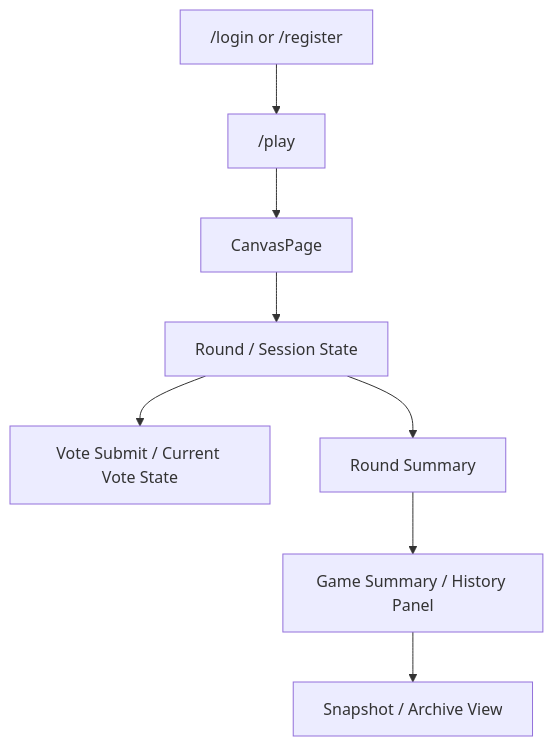
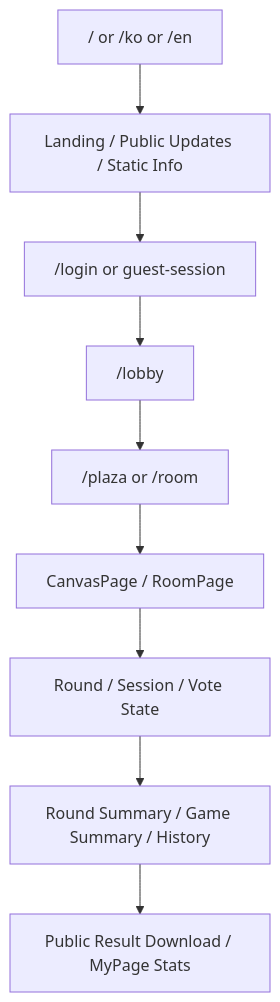
Before and after one commit to Mistle0108/Votedots-LLM-Wiki: the diagram in wiki/02-Architecture/Data-Flow.md, drawn with Mermaid. The commit also changed other lines of this file and 18 other files, not shown here.

````diff
--- a/wiki/02-Architecture/Data-Flow.md
+++ b/wiki/02-Architecture/Data-Flow.md
@@ -29,10 +30,11 @@
 ```mermaid
 flowchart TD
-    A["/login or /register"] --> B["/play"]
-    B --> C["CanvasPage"]
-    C --> D["Round / Session State"]
-    D --> E["Vote Submit / Current Vote State"]
-    D --> F["Round Summary"]
-    F --> G["Game Summary / History Panel"]
-    G --> H["Snapshot / Archive View"]
+    A["/ or /ko or /en"] --> B["Landing / Public Updates / Static Info"]
+    B --> C["/login or guest-session"]
+    C --> D["/lobby"]
+    D --> E["/plaza or /room"]
+    E --> F["CanvasPage / RoomPage"]
+    F --> G["Round / Session / Vote State"]
+    G --> H["Round Summary / Game Summary / History"]
+    H --> I["Public Result Download / MyPage Stats"]
 ```
````
